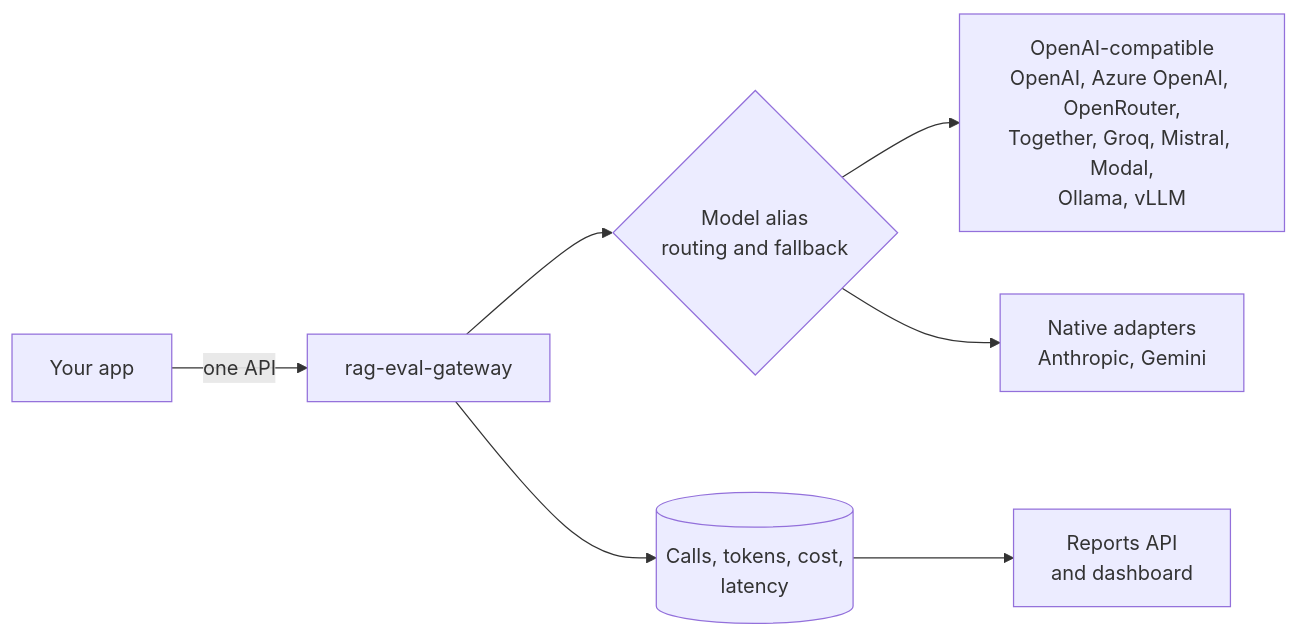
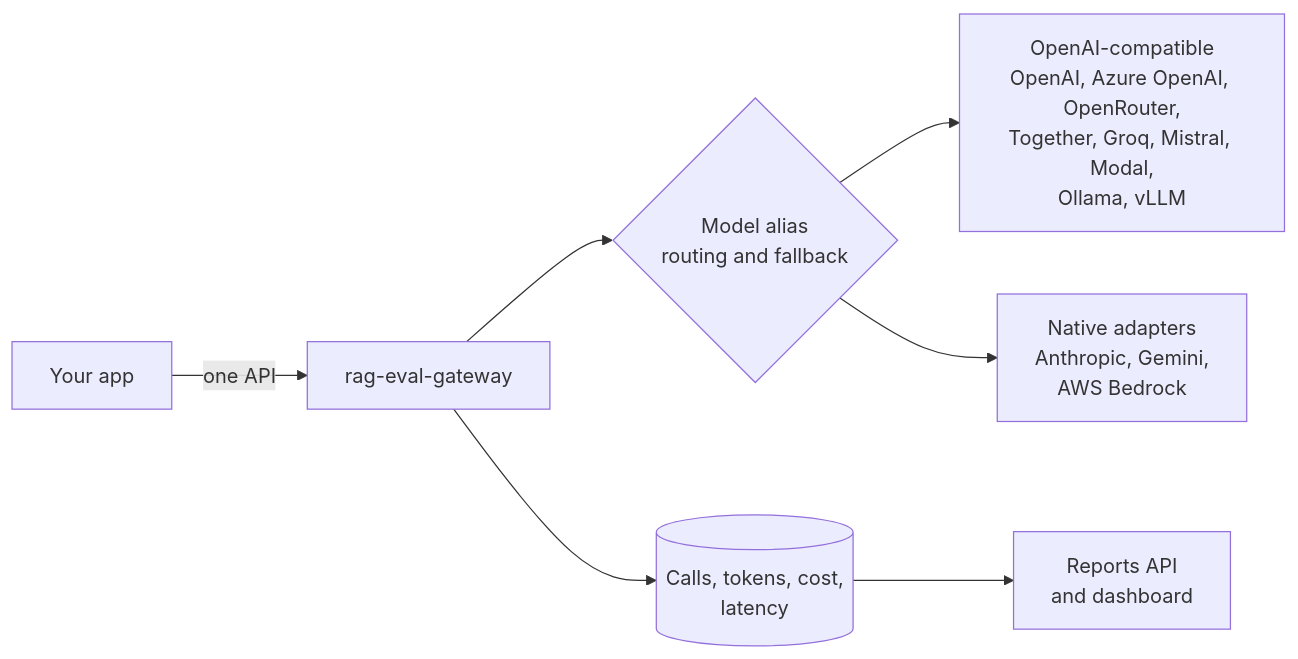
The diagram in README.md (rmkr-dev/rag-eval-gateway), drawn with Mermaid before and after one commit. The commit also changed other lines of this file and 4 other files, not shown here.

````diff
--- a/README.md
+++ b/README.md
@@ -10,9 +10,9 @@
 ```mermaid
 flowchart LR
     App[Your app] -->|one API| GW[rag-eval-gateway]
     GW --> R{Model alias<br/>routing and fallback}
     R --> OC[OpenAI-compatible<br/>OpenAI, Azure OpenAI, OpenRouter,<br/>Together, Groq, Mistral, Modal,<br/>Ollama, vLLM]
-    R --> N[Native adapters<br/>Anthropic, Gemini]
+    R --> N[Native adapters<br/>Anthropic, Gemini,<br/>AWS Bedrock]
     GW --> DB[(Calls, tokens, cost,<br/>latency)]
     DB --> Rep[Reports API<br/>and dashboard]
 ```
````
